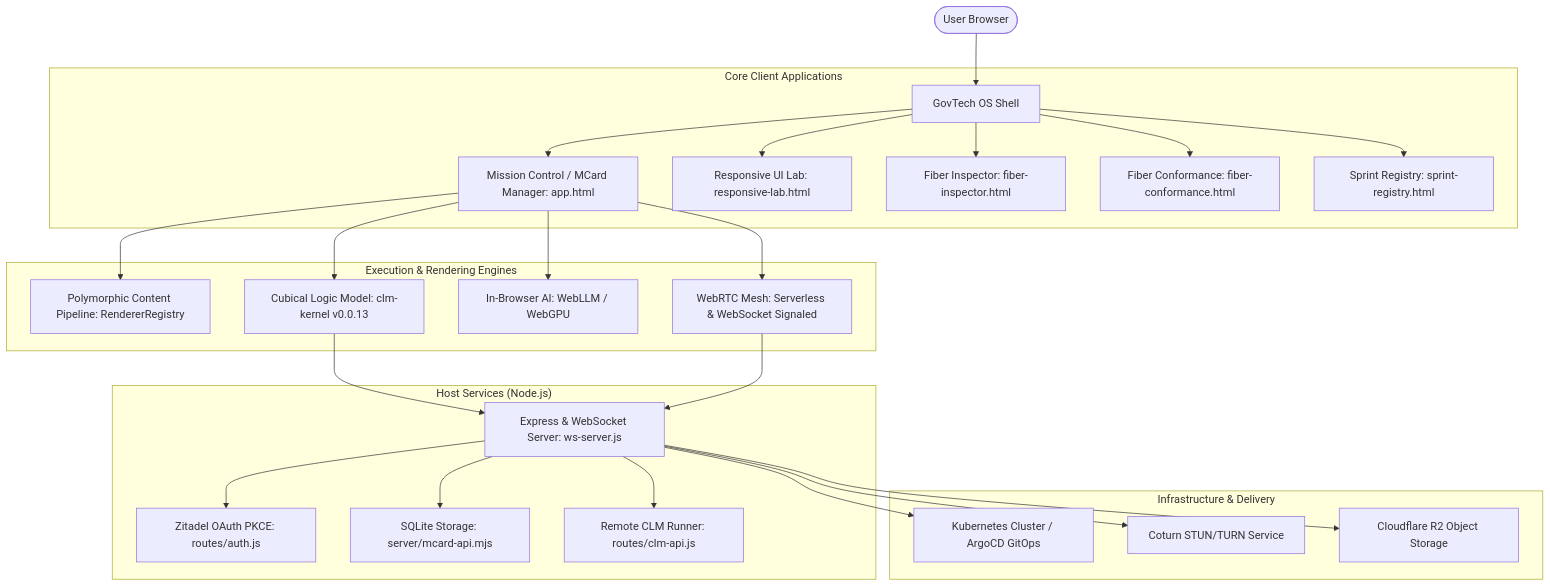
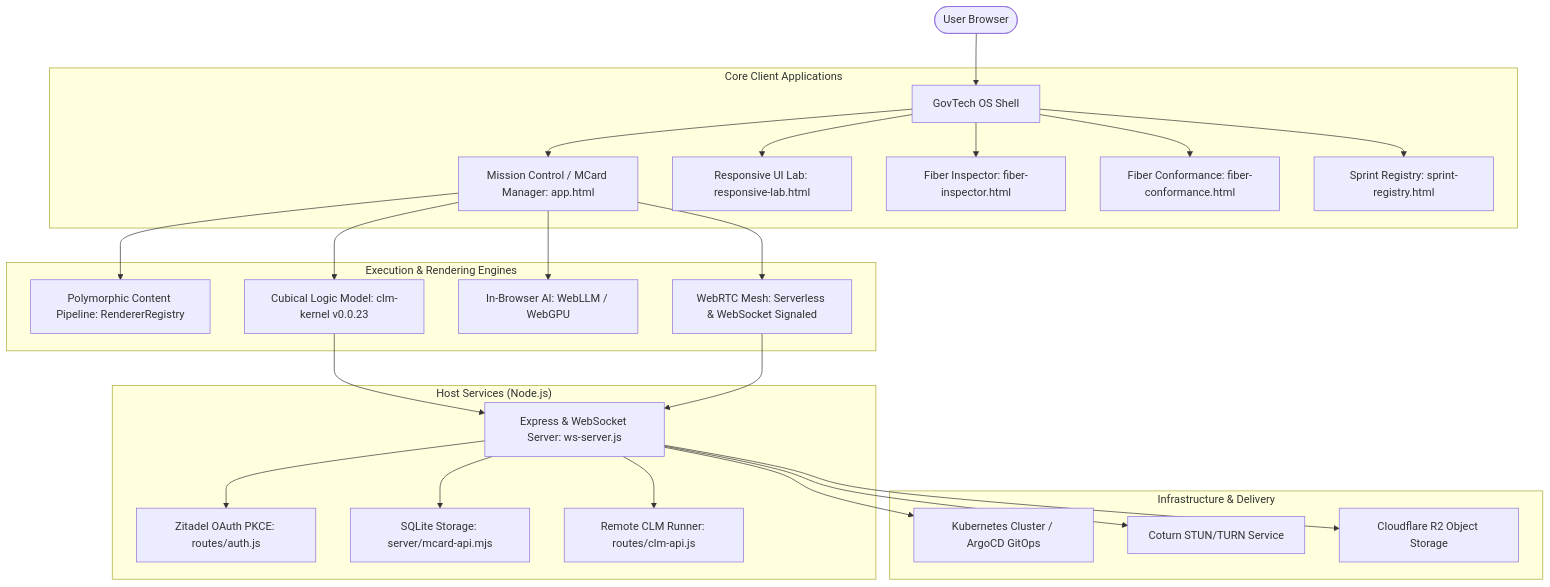
The first of 2 diagrams in docs/functionalities/00-OVERVIEW-AND-FUNCTIONALITY-MAP.md (xlp0/LandingPage), drawn with Mermaid before and after one commit. The commit also changed other lines of this file and 40 other files, not shown here.

Commit message:
feat(kernel): adopt clm-kernel@0.0.23 capabilities, conformance suite, and docs

````diff
--- a/docs/functionalities/00-OVERVIEW-AND-FUNCTIONALITY-MAP.md
+++ b/docs/functionalities/00-OVERVIEW-AND-FUNCTIONALITY-MAP.md
@@ -22,33 +22,33 @@
 ```mermaid
 graph TD
     User([User Browser]) --> AppShell[GovTech OS Shell]
     
     subgraph "Core Client Applications"
         AppShell --> MC[Mission Control / MCard Manager: app.html]
         AppShell --> RL[Responsive UI Lab: responsive-lab.html]
         AppShell --> FI[Fiber Inspector: fiber-inspector.html]
         AppShell --> FC[Fiber Conformance: fiber-conformance.html]
         AppShell --> SR[Sprint Registry: sprint-registry.html]
     end
 
     subgraph "Execution & Rendering Engines"
         MC --> PR[Polymorphic Content Pipeline: RendererRegistry]
-        MC --> CLM[Cubical Logic Model: clm-kernel v0.0.13]
+        MC --> CLM[Cubical Logic Model: clm-kernel v0.0.23]
         MC --> WLLM[In-Browser AI: WebLLM / WebGPU]
         MC --> P2P[WebRTC Mesh: Serverless & WebSocket Signaled]
     end
 
     subgraph "Host Services (Node.js)"
         CLM --> WS[Express & WebSocket Server: ws-server.js]
         P2P --> WS
         WS --> AuthAPI[Zitadel OAuth PKCE: routes/auth.js]
         WS --> MCardAPI[SQLite Storage: server/mcard-api.mjs]
         WS --> CLMAPI[Remote CLM Runner: routes/clm-api.js]
     end
 
     subgraph "Infrastructure & Delivery"
         WS --> K8s[Kubernetes Cluster / ArgoCD GitOps]
         WS --> STUN[Coturn STUN/TURN Service]
         WS --> R2[Cloudflare R2 Object Storage]
     end
 ```
````
